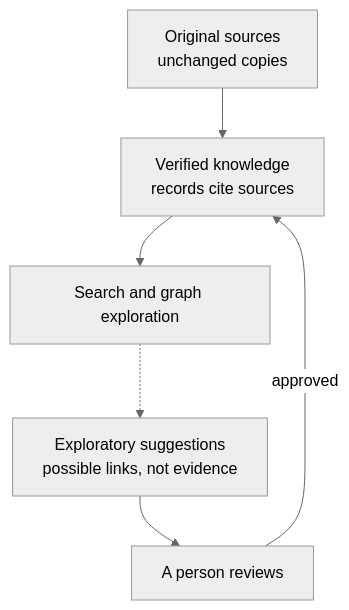
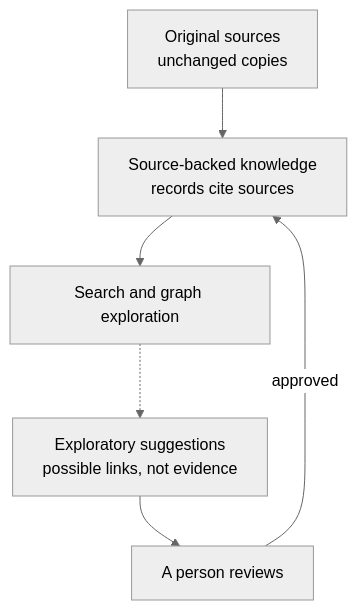
One commit to lmguerrini/nous-os changed the diagram in README.md. Above: the diagram before and after it, drawn with Mermaid (neutral theme). The commit also changed other lines of this file, not shown here.

First line of the commit message:
docs(readme): describe cited knowledge and a 3D limit precisely

````diff
--- a/README.md
+++ b/README.md
@@ -114,8 +114,8 @@
 ```mermaid
 flowchart TD
-    S["Original sources<br>unchanged copies"] --> K["Verified knowledge<br>records cite sources"]
+    S["Original sources<br>unchanged copies"] --> K["Source-backed knowledge<br>records cite sources"]
     K --> X["Search and graph exploration"]
     X -.-> P["Exploratory suggestions<br>possible links, not evidence"]
     P --> H["A person reviews"]
     H -->|"approved"| K
 ```
````
